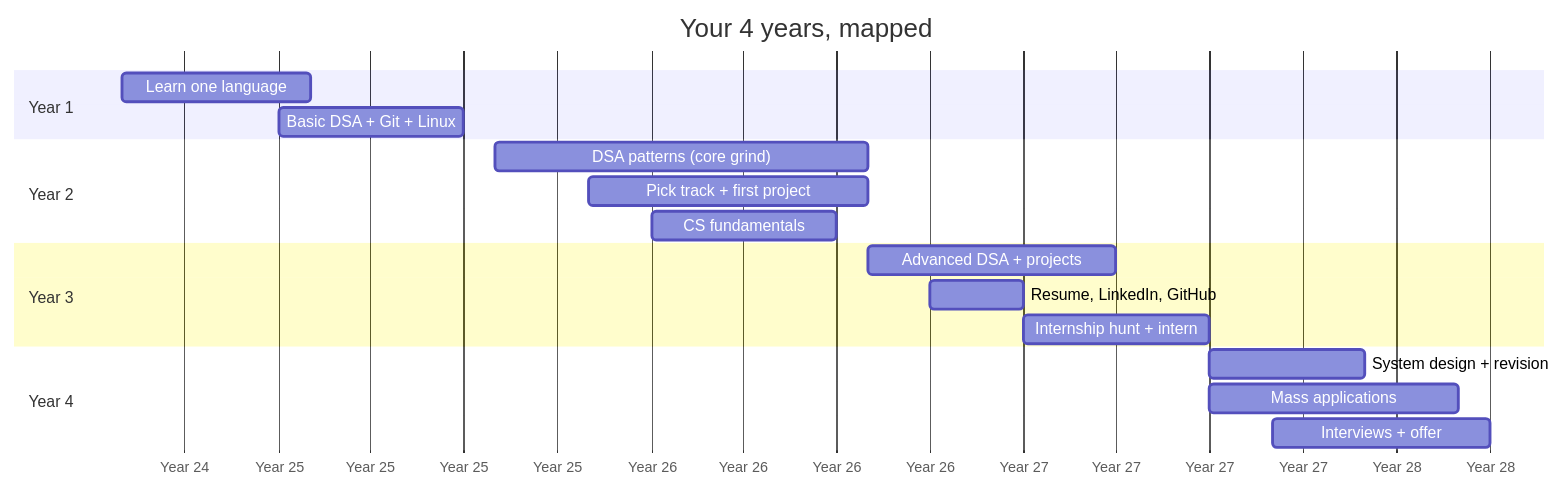
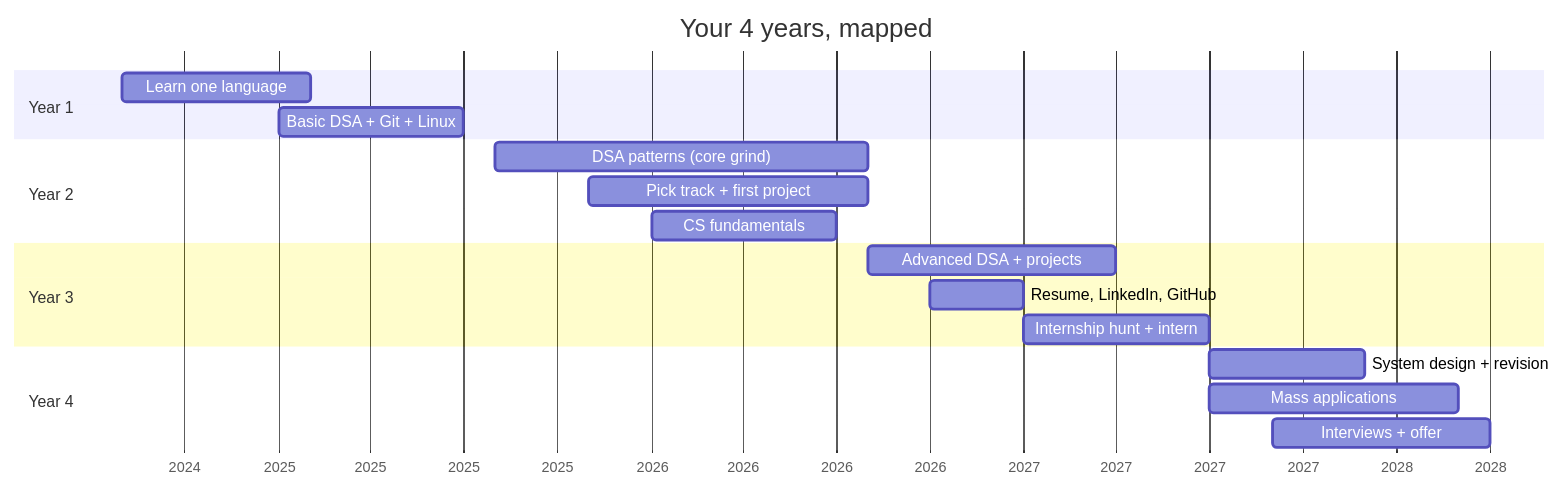
The diagram in roadmap/README.md (sumitsingh4411/Placement-Preparation-Roadmap), drawn with Mermaid before and after one commit. The commit also changed 6 other files, not shown here.

First line of the commit message:
Fix the roadmap gantt axis, contrast and today marker

````diff
--- a/roadmap/README.md
+++ b/roadmap/README.md
@@ -15,25 +15,27 @@
 ```mermaid
 gantt
     title Your 4 years, mapped
     dateFormat YYYY-MM
-    axisFormat Year %y
+    axisFormat %Y
+    tickInterval 1year
+    todayMarker off
 
     section Year 1
     Learn one language          :2024-08, 6M
     Basic DSA + Git + Linux     :2025-01, 6M
 
     section Year 2
     DSA patterns (core grind)   :2025-08, 12M
     Pick track + first project  :2025-11, 9M
     CS fundamentals             :2026-01, 6M
 
     section Year 3
     Advanced DSA + projects     :2026-08, 8M
     Resume, LinkedIn, GitHub    :2026-10, 3M
     Internship hunt + intern    :2027-01, 6M
 
     section Year 4
     System design + revision    :2027-07, 5M
     Mass applications           :2027-07, 8M
     Interviews + offer          :2027-09, 7M
 ```
````
